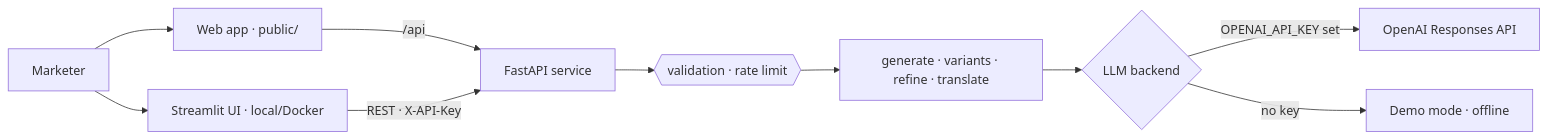
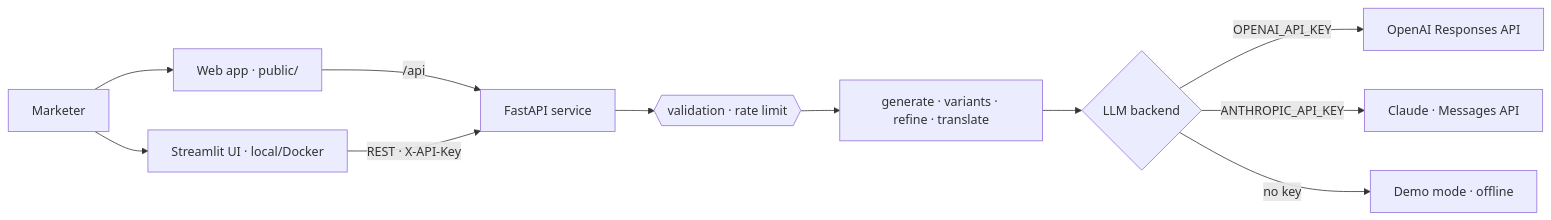
The diagram in README.md (MaHmOuDeB/MarketingWS), drawn with Mermaid before and after one commit. The commit also changed other lines of this file and 10 other files, not shown here.

First line of the commit message:
Add Claude (Anthropic) as a model backend (2.2.0)

````diff
--- a/README.md
+++ b/README.md
@@ -47,12 +47,13 @@
 ```mermaid
 flowchart LR
     U[Marketer] --> W1[Web app · public/]
     U --> S[Streamlit UI · local/Docker]
     W1 -- "/api" --> A[FastAPI service]
     S -- "REST · X-API-Key" --> A
     A --> V{{validation · rate limit}}
     V --> W[generate · variants · refine · translate]
     W --> L{LLM backend}
-    L -->|OPENAI_API_KEY set| O[OpenAI Responses API]
+    L -->|OPENAI_API_KEY| O[OpenAI Responses API]
+    L -->|ANTHROPIC_API_KEY| C[Claude · Messages API]
     L -->|no key| D[Demo mode · offline]
 ```
````
